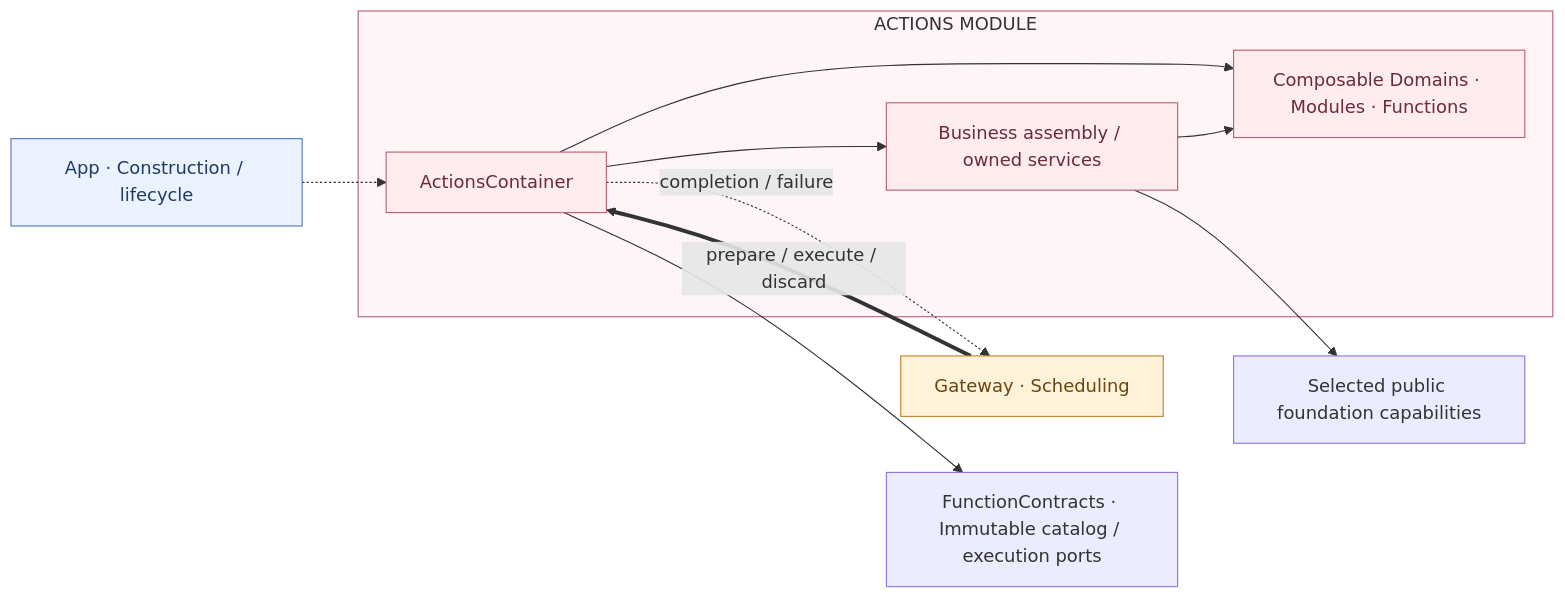
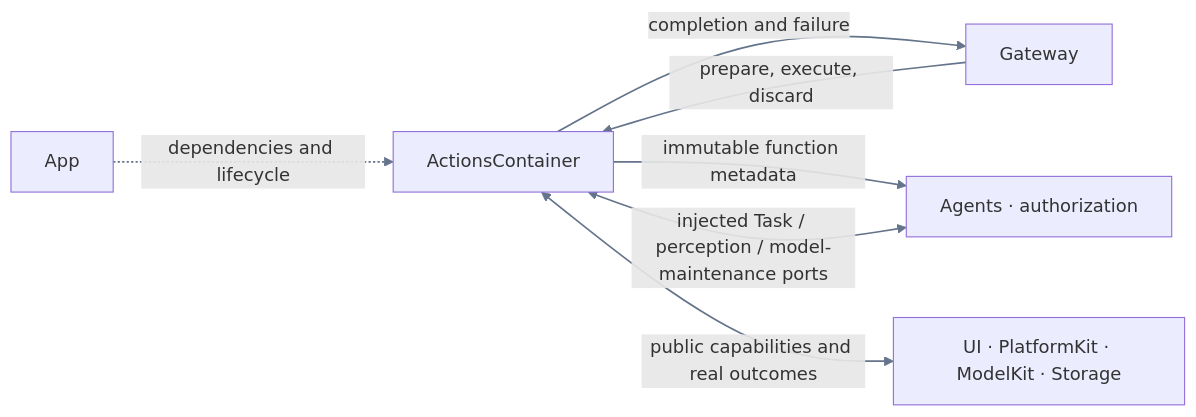
One commit to devilyouwei/MobileHarness changed the first of 2 diagrams in MobileHarness/Actions/README.md. Above: the diagram before and after it, drawn with Mermaid. The commit also changed other lines of this file and 115 other files, not shown here.

````diff
--- a/MobileHarness/Actions/README.md
+++ b/MobileHarness/Actions/README.md
@@ -11,20 +11,10 @@
 ```mermaid
 flowchart LR
-    App["App · Construction / lifecycle"] -.-> X
-    G["Gateway · Scheduling"] ==>|prepare / execute / discard| X
-    subgraph Execution["ACTIONS MODULE"]
-        X["ActionsContainer"] --> A["Business assembly / owned services"]
-        X --> L["Composable Domains · Modules · Functions"]
-        A --> L
-    end
-    X -.->|completion / failure| G
-    X --> C["FunctionContracts · Immutable catalog / execution ports"]
-    A --> F["Selected public foundation capabilities"]
-    classDef host fill:#eaf2ff,stroke:#5078b8,color:#203b64
-    classDef gateway fill:#fff2d9,stroke:#bf842c,color:#694511
-    classDef action fill:#ffecef,stroke:#b86178,color:#6b2b3d
-    class App host
-    class G gateway
-    class X,A,L action
-    style Execution fill:#fff5f6,stroke:#b86178
+    App["App"] -.->|dependencies and lifecycle| X["ActionsContainer"]
+    G["Gateway"] -->|prepare, execute, discard| X
+    X -->|completion and failure| G
+    X -->|immutable function metadata| C["Agents · authorization"]
+    X <-->|injected Task / perception / model-maintenance ports| C
+    X <-->|public capabilities and real outcomes| F["UI · PlatformKit · ModelKit · Storage"]
+    linkStyle default stroke:#64748b,stroke-width:1.5px
 ```
````
